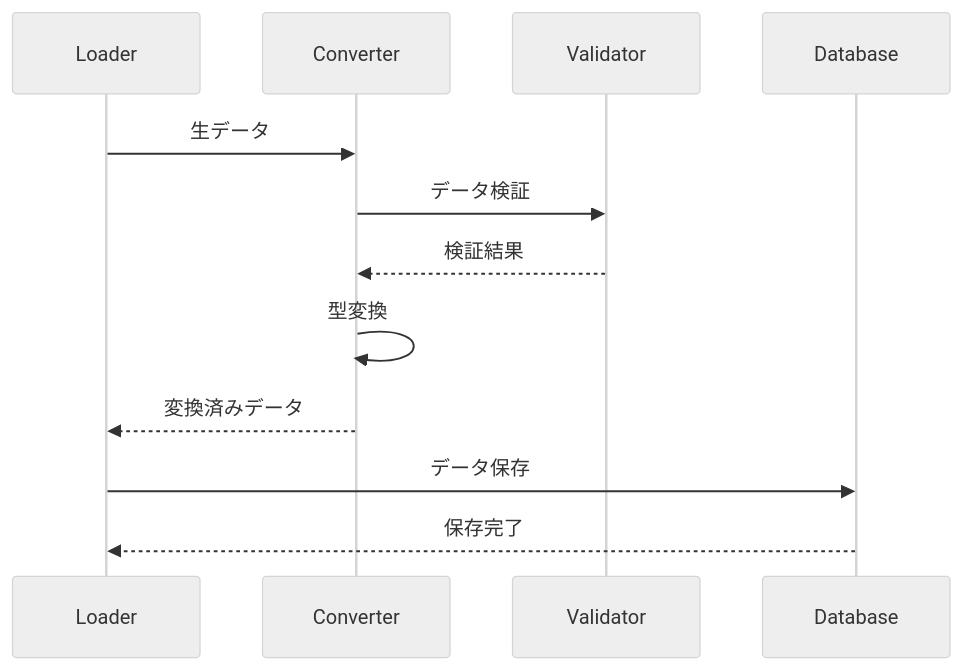
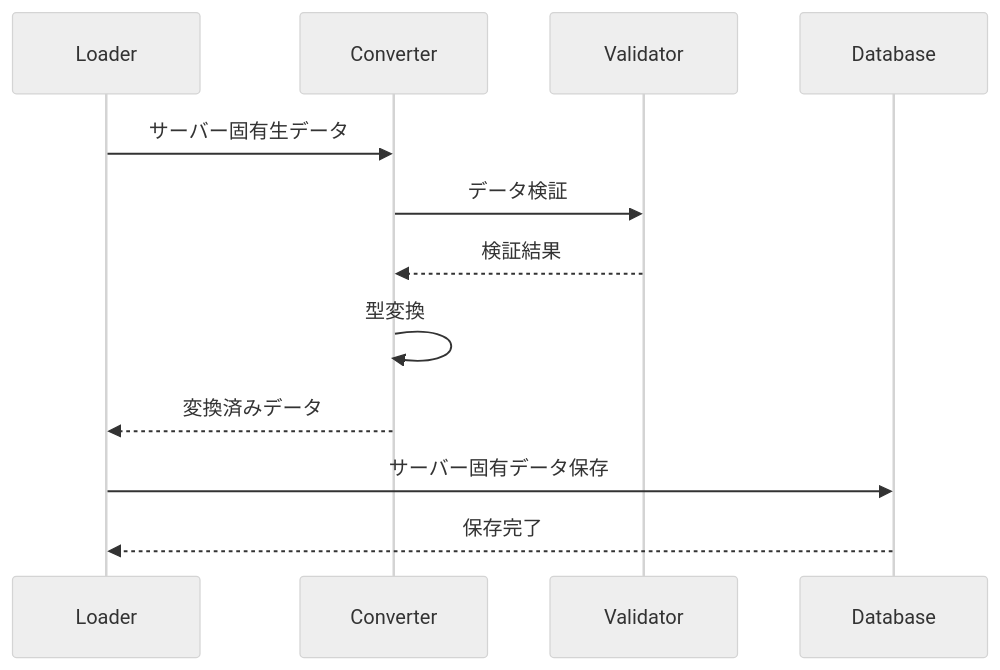
Before and after one commit to varubogu/gbf_discord_bot_rs: the second of 2 diagrams in docs/develop/design/google_spreadsheet_feature.md, drawn with Mermaid (neutral theme). The commit also changed other lines of this file and 2 other files, not shown here.

````diff
--- a/docs/develop/design/google_spreadsheet_feature.md
+++ b/docs/develop/design/google_spreadsheet_feature.md
@@ -140,15 +141,15 @@
 ```mermaid
 sequenceDiagram
     participant L as Loader
     participant C as Converter
     participant V as Validator
     participant D as Database
 
-    L->>C: 生データ
+    L->>C: サーバー固有生データ
     C->>V: データ検証
     V-->>C: 検証結果
     C->>C: 型変換
     C-->>L: 変換済みデータ
-    L->>D: データ保存
+    L->>D: サーバー固有データ保存
     D-->>L: 保存完了
 ```
````
